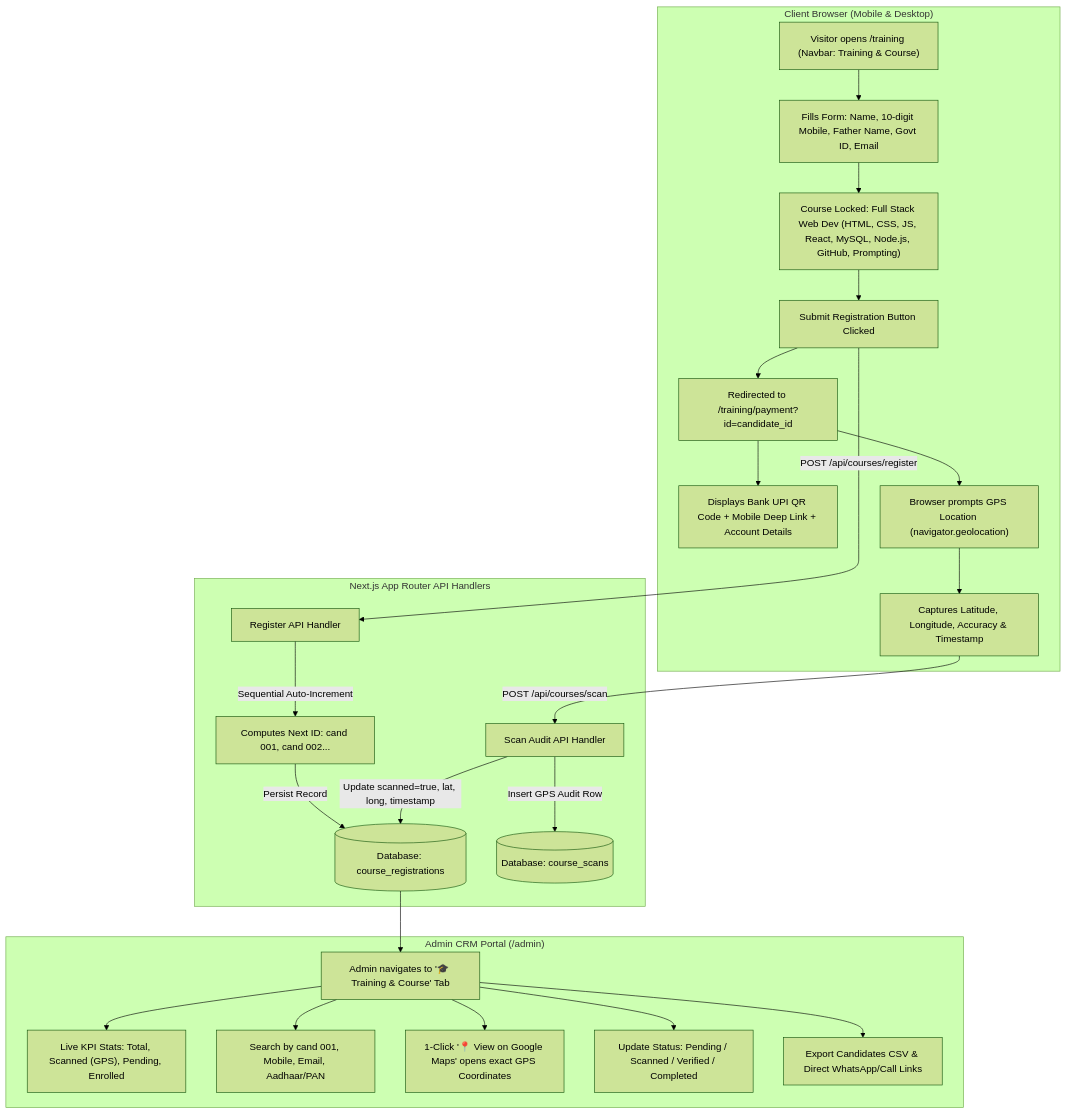
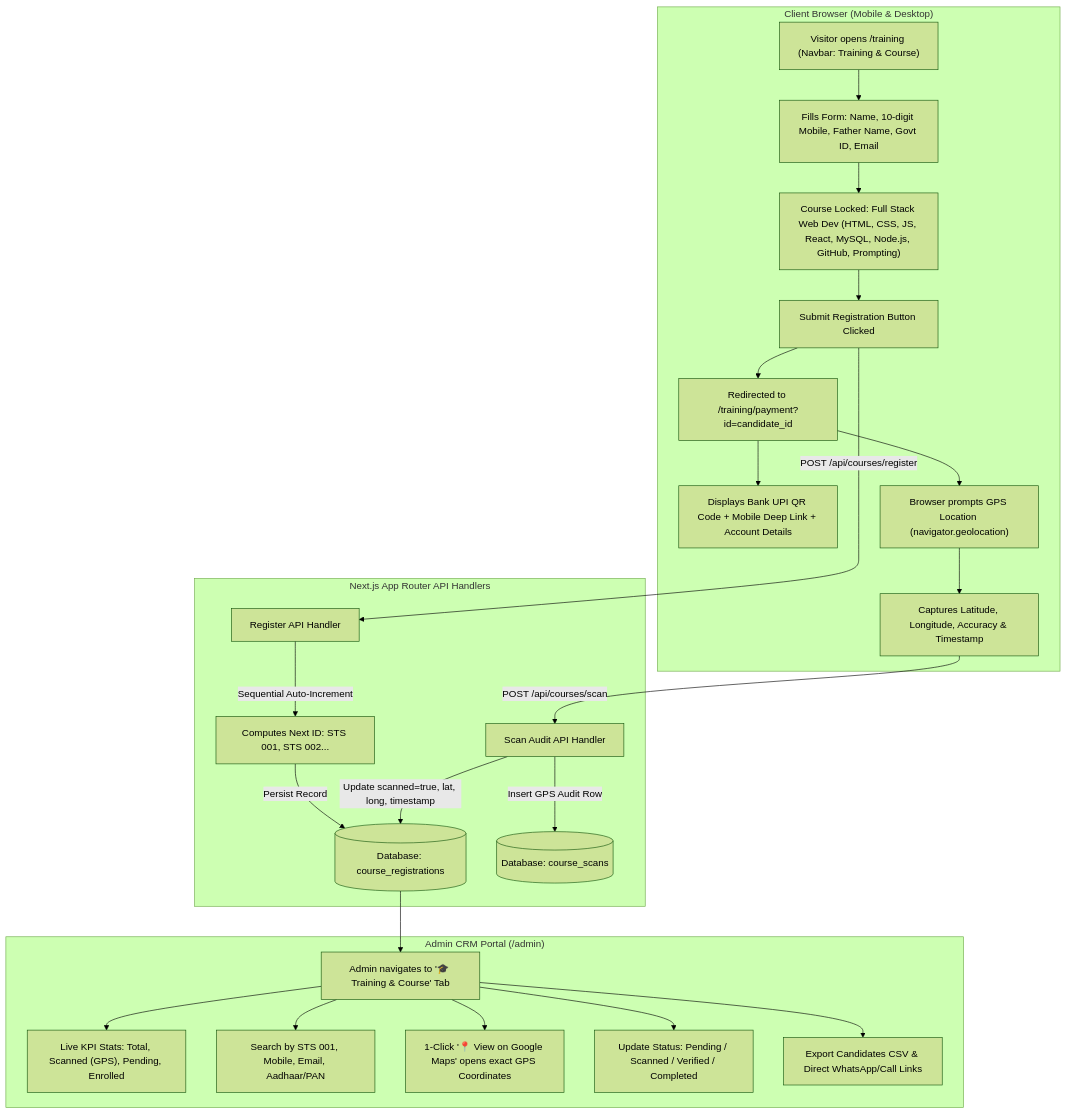
Before and after one commit to AnkitoshK/soft-tech-solution: the diagram in README.md, drawn with Mermaid (forest theme). The commit also changed other lines of this file and 9 other files, not shown here.

Commit message:
fix: make leadership heading white, proposal form mobile responsive, and set candidate ID to STS auto-increment

````diff
--- a/README.md
+++ b/README.md
@@ -87,32 +87,32 @@
 ```mermaid
 flowchart TD
     subgraph Client ["Client Browser (Mobile & Desktop)"]
         A["Visitor opens /training (Navbar: Training & Course)"] --> B["Fills Form: Name, 10-digit Mobile, Father Name, Govt ID, Email"]
         B --> C["Course Locked: Full Stack Web Dev (HTML, CSS, JS, React, MySQL, Node.js, GitHub, Prompting)"]
         C --> D["Submit Registration Button Clicked"]
         D --> E["Redirected to /training/payment?id=candidate_id"]
         E --> F["Displays Bank UPI QR Code + Mobile Deep Link + Account Details"]
         E --> G["Browser prompts GPS Location (navigator.geolocation)"]
         G --> H["Captures Latitude, Longitude, Accuracy & Timestamp"]
     end
 
     subgraph Server ["Next.js App Router API Handlers"]
         D -->|"POST /api/courses/register"| I["Register API Handler"]
-        I -->|"Sequential Auto-Increment"| J["Computes Next ID: cand 001, cand 002..."]
+        I -->|"Sequential Auto-Increment"| J["Computes Next ID: STS 001, STS 002..."]
         J -->|"Persist Record"| K[("Database: course_registrations")]
         
         H -->|"POST /api/courses/scan"| L["Scan Audit API Handler"]
         L -->|"Update scanned=true, lat, long, timestamp"| K
         L -->|"Insert GPS Audit Row"| M[("Database: course_scans")]
     end
 
     subgraph AdminPortal ["Admin CRM Portal (/admin)"]
         N["Admin navigates to '🎓 Training & Course' Tab"]
         K --> N
         N --> O["Live KPI Stats: Total, Scanned (GPS), Pending, Enrolled"]
-        N --> P["Search by cand 001, Mobile, Email, Aadhaar/PAN"]
+        N --> P["Search by STS 001, Mobile, Email, Aadhaar/PAN"]
         N --> Q["1-Click '📍 View on Google Maps' opens exact GPS Coordinates"]
         N --> R["Update Status: Pending / Scanned / Verified / Completed"]
         N --> S["Export Candidates CSV & Direct WhatsApp/Call Links"]
     end
 ```
````
